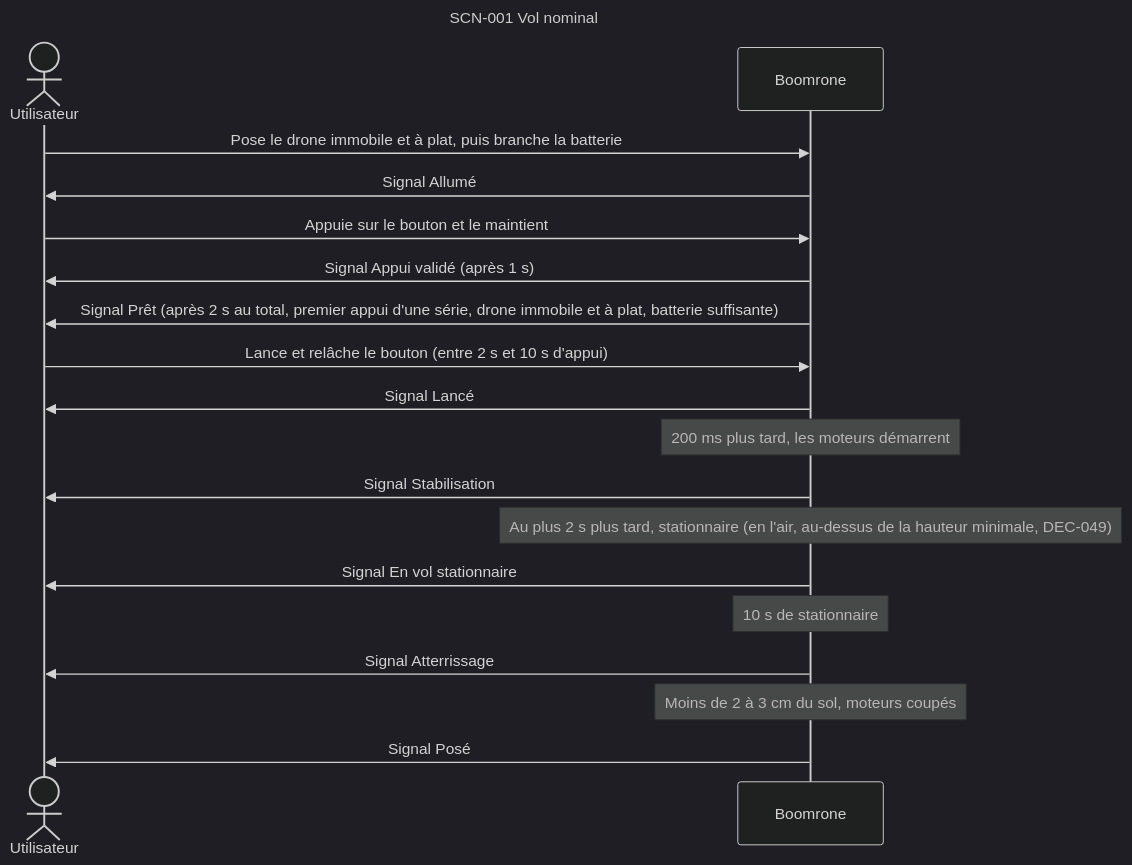
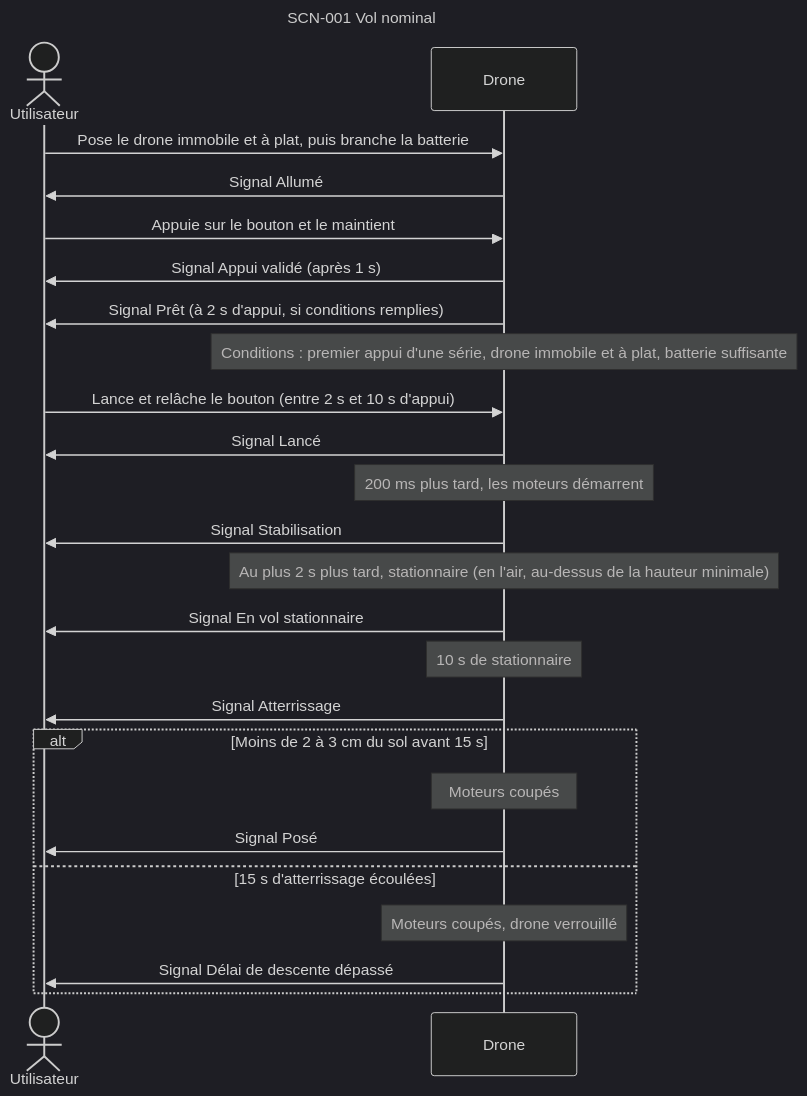
One commit to thourymatthieu-png/coworker_archi_system changed the fifth of 15 diagrams in projets/boomrone/00-scenarios.md. Above: the diagram before and after it, drawn with Mermaid (dark theme). The commit also changed other lines of this file and 5 other files, not shown here.

Commit message:
Boomrone : diagrammes d'ensemble scindés (a, b, c), glossaire, relectures de porte, DEC-083 à DEC-086, doutes DOU-085 à DOU-090

````diff
--- a/projets/boomrone/00-scenarios.md
+++ b/projets/boomrone/00-scenarios.md
@@ -170,23 +290,29 @@
 ```mermaid
 ---
 title: "SCN-001 Vol nominal"
 ---
 sequenceDiagram
     actor U as Utilisateur
-    participant D as Boomrone
+    participant D as Drone
     U->>D: Pose le drone immobile et à plat, puis branche la batterie
     D->>U: Signal Allumé
     U->>D: Appuie sur le bouton et le maintient
     D->>U: Signal Appui validé (après 1 s)
-    D->>U: Signal Prêt (après 2 s au total, premier appui d'une série, drone immobile et à plat, batterie suffisante)
+    D->>U: Signal Prêt (à 2 s d'appui, si conditions remplies)
+    Note over D: Conditions : premier appui d'une série, drone immobile et à plat, batterie suffisante
     U->>D: Lance et relâche le bouton (entre 2 s et 10 s d'appui)
     D->>U: Signal Lancé
     Note over D: 200 ms plus tard, les moteurs démarrent
     D->>U: Signal Stabilisation
-    Note over D: Au plus 2 s plus tard, stationnaire (en l'air, au-dessus de la hauteur minimale, DEC-049)
+    Note over D: Au plus 2 s plus tard, stationnaire (en l'air, au-dessus de la hauteur minimale)
     D->>U: Signal En vol stationnaire
     Note over D: 10 s de stationnaire
     D->>U: Signal Atterrissage
-    Note over D: Moins de 2 à 3 cm du sol, moteurs coupés
-    D->>U: Signal Posé
+    alt Moins de 2 à 3 cm du sol avant 15 s
+        Note over D: Moteurs coupés
+        D->>U: Signal Posé
+    else 15 s d'atterrissage écoulées
+        Note over D: Moteurs coupés, drone verrouillé
+        D->>U: Signal Délai de descente dépassé
+    end
 ```
````
